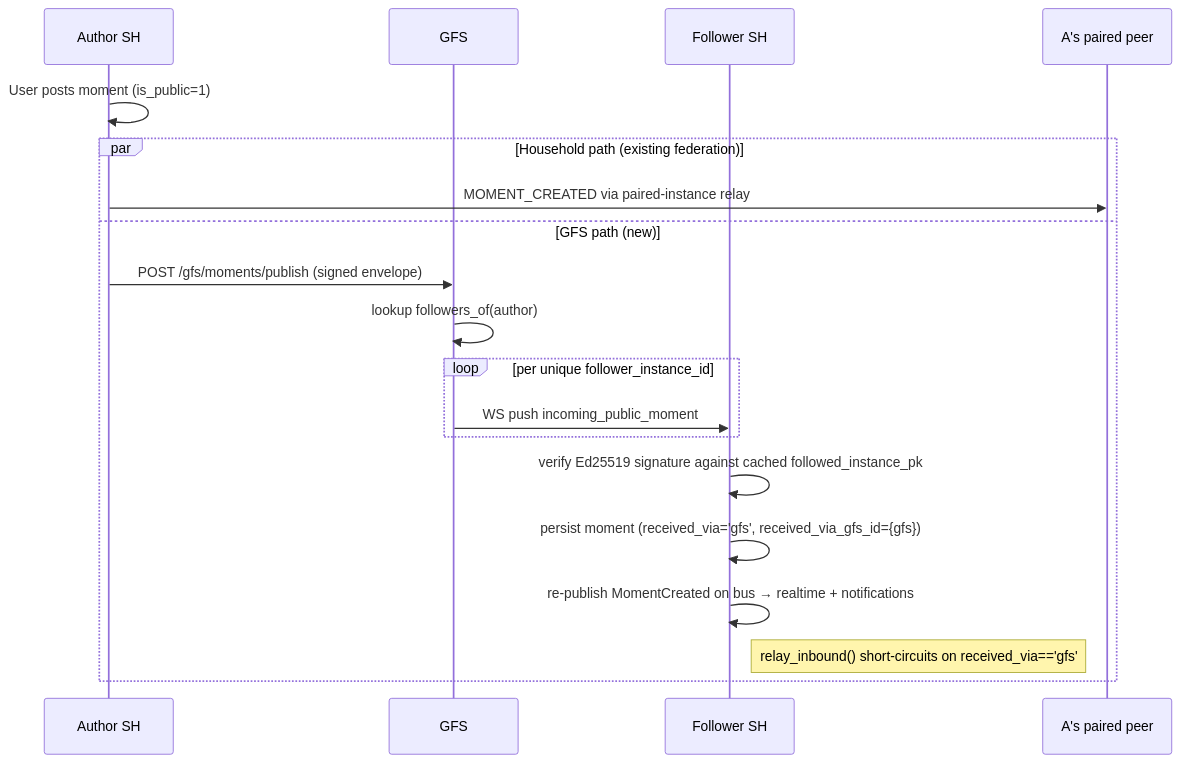
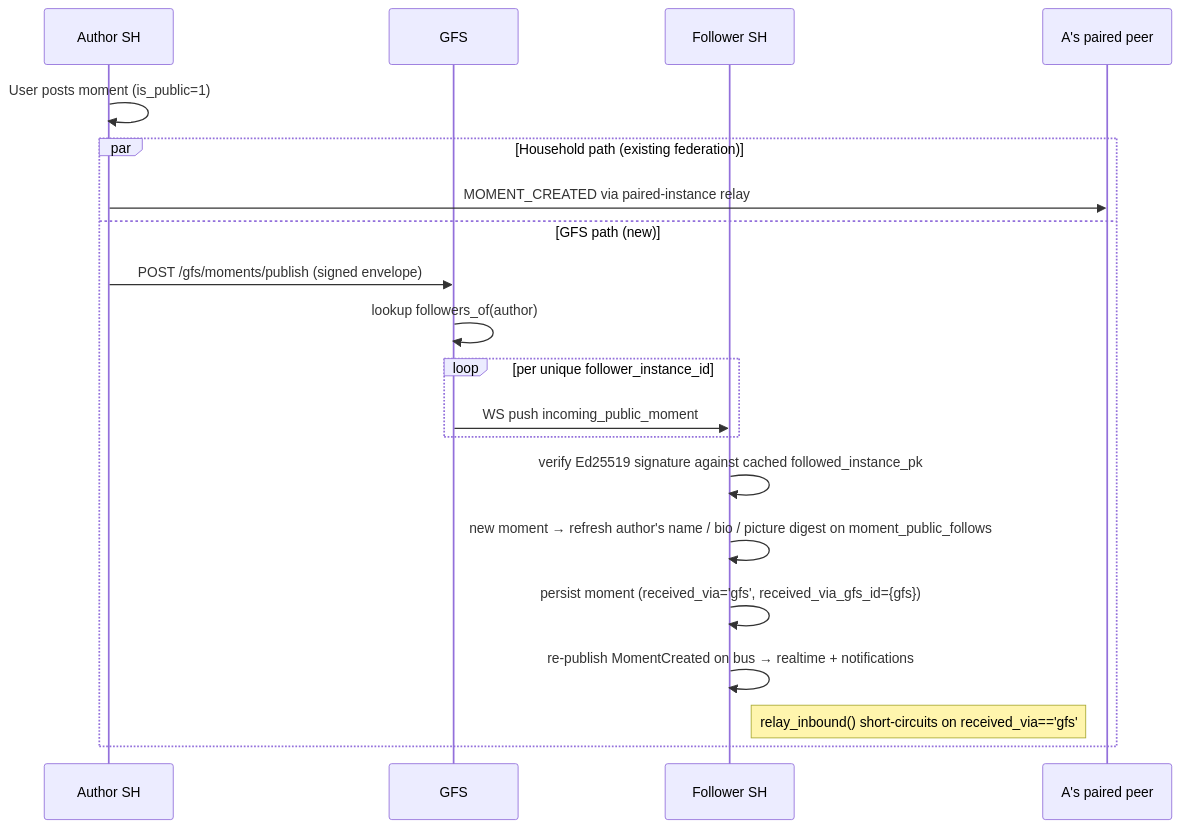
One commit to social-home-io/socialhome changed the second of 3 diagrams in docs/protocol/momentum_public.md. Above: the diagram before and after it, drawn with Mermaid. The commit also changed other lines of this file and 41 other files, not shown here.

First line of the commit message:
Public moments show the author's name, picture and bio

````diff
--- a/docs/protocol/momentum_public.md
+++ b/docs/protocol/momentum_public.md
@@ -118,22 +124,23 @@
 ```mermaid
 sequenceDiagram
   participant A as Author SH
   participant G as GFS
   participant B as Follower SH
   participant P as A's paired peer
 
   A->>A: User posts moment (is_public=1)
   par Household path (existing federation)
     A->>P: MOMENT_CREATED via paired-instance relay
   and GFS path (new)
     A->>G: POST /gfs/moments/publish (signed envelope)
     G->>G: lookup followers_of(author)
     loop per unique follower_instance_id
       G->>B: WS push incoming_public_moment
     end
     B->>B: verify Ed25519 signature against cached followed_instance_pk
+    B->>B: new moment → refresh author's name / bio / picture digest on moment_public_follows
     B->>B: persist moment (received_via='gfs', received_via_gfs_id={gfs})
     B->>B: re-publish MomentCreated on bus → realtime + notifications
     Note right of B: relay_inbound() short-circuits on received_via=='gfs'
   end
 ```
````
